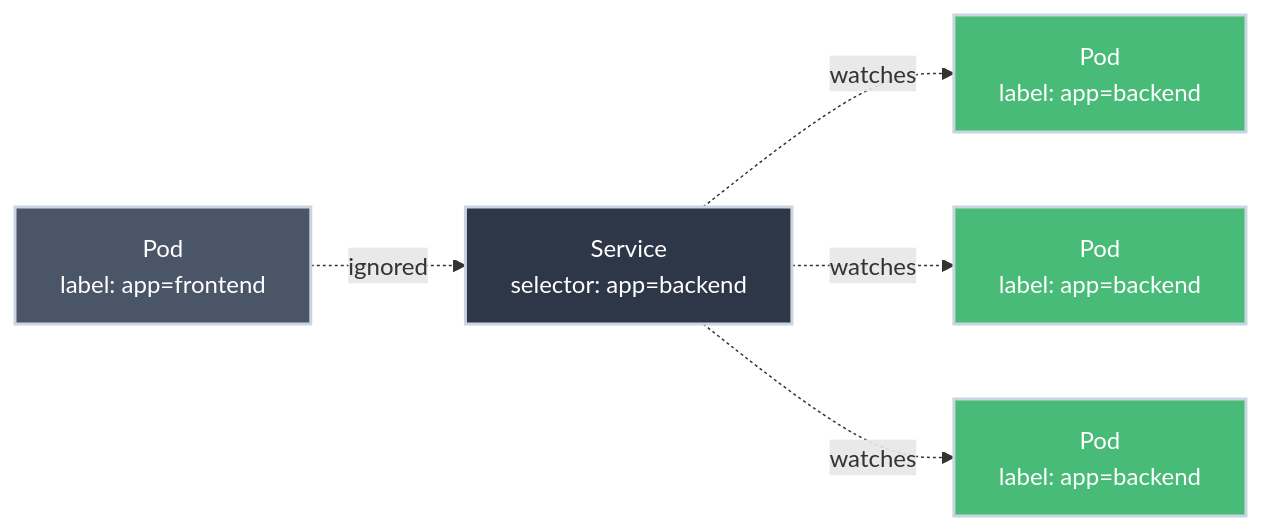
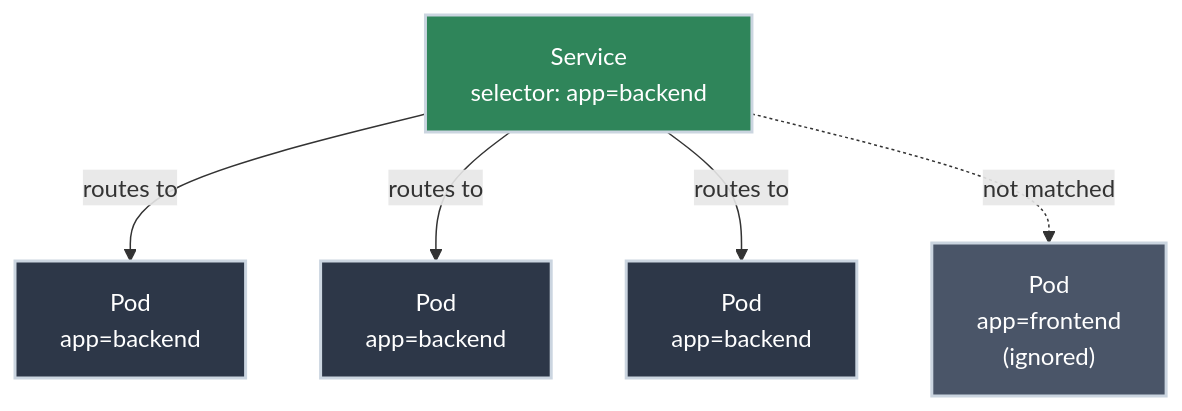
The second of 2 diagrams in docs/level_1/services.md (bradpenney/exploring_kubernetes), drawn with Mermaid before and after one commit. The commit also changed other lines of this file and 15 other files, not shown here.

````diff
--- a/docs/level_1/services.md
+++ b/docs/level_1/services.md
@@ -60,13 +82,19 @@
-``` mermaid
-graph LR
-    Svc[Service<br/>selector: app=backend] -.->|watches| P1[Pod<br/>label: app=backend]
-    Svc -.->|watches| P2[Pod<br/>label: app=backend]
-    Svc -.->|watches| P3[Pod<br/>label: app=backend]
-    P4[Pod<br/>label: app=frontend] -.->|ignored| Svc
+```mermaid
+graph TD
+    Svc["Service<br/>selector: app=backend"]
+    P1["Pod<br/>app=backend"]
+    P2["Pod<br/>app=backend"]
+    P3["Pod<br/>app=backend"]
+    P4["Pod<br/>app=frontend<br/>(ignored)"]
 
-    style Svc fill:#2d3748,stroke:#cbd5e0,stroke-width:2px,color:#fff
-    style P1 fill:#48bb78,stroke:#cbd5e0,stroke-width:2px,color:#fff
-    style P2 fill:#48bb78,stroke:#cbd5e0,stroke-width:2px,color:#fff
-    style P3 fill:#48bb78,stroke:#cbd5e0,stroke-width:2px,color:#fff
+    Svc -->|"routes to"| P1
+    Svc -->|"routes to"| P2
+    Svc -->|"routes to"| P3
+    Svc -.->|"not matched"| P4
+
+    style Svc fill:#2f855a,stroke:#cbd5e0,stroke-width:2px,color:#fff
+    style P1 fill:#2d3748,stroke:#cbd5e0,stroke-width:2px,color:#fff
+    style P2 fill:#2d3748,stroke:#cbd5e0,stroke-width:2px,color:#fff
+    style P3 fill:#2d3748,stroke:#cbd5e0,stroke-width:2px,color:#fff
     style P4 fill:#4a5568,stroke:#cbd5e0,stroke-width:2px,color:#fff
 ```
````
